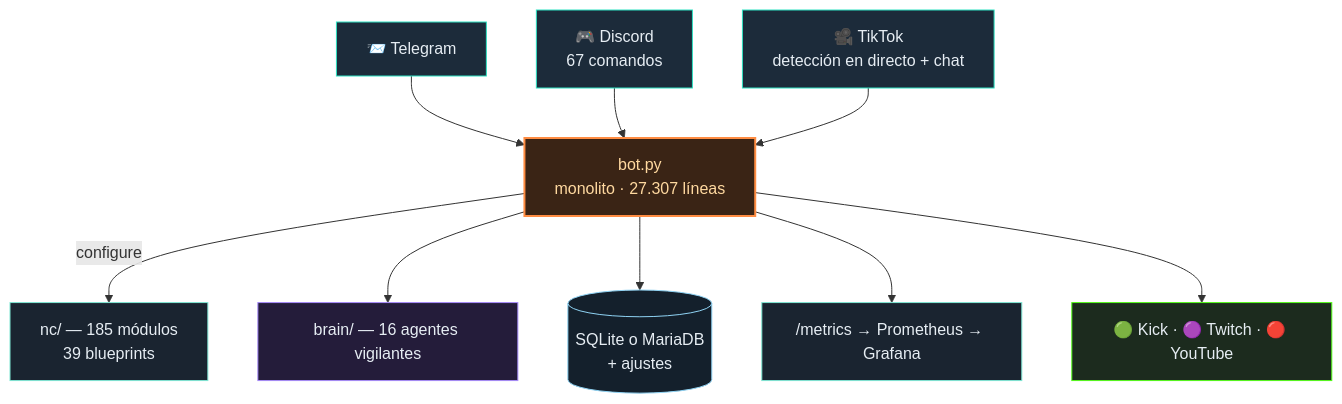
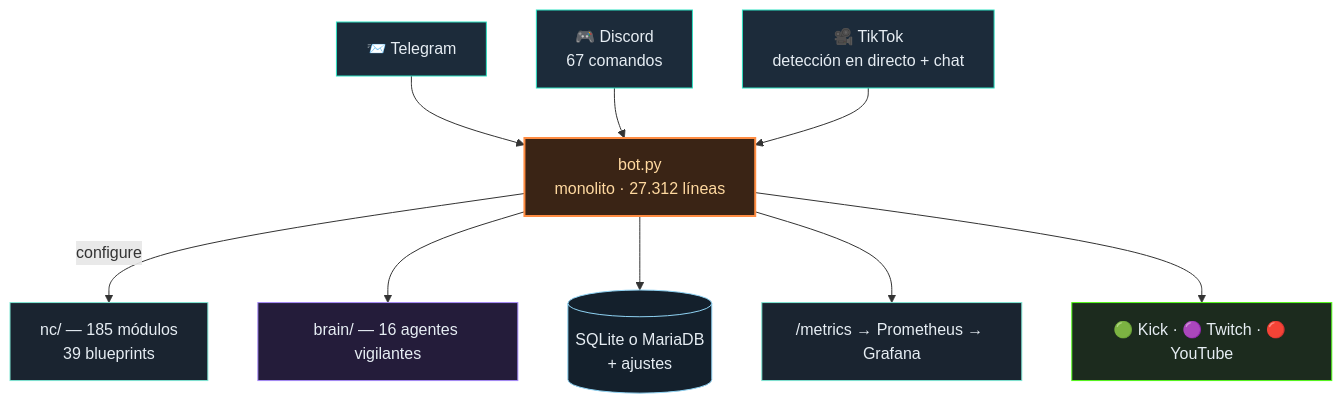
The diagram in README.es.md (itsamemedev/Telegram-Stream-Info-Bot), drawn with Mermaid before and after one commit. The commit also changed other lines of this file and 11 other files, not shown here.

````diff
--- a/README.es.md
+++ b/README.es.md
@@ -64,18 +64,18 @@
 ```mermaid
 flowchart TB
     TG["📨 Telegram"]:::ein --> BOT
     DC["🎮 Discord<br/>67 comandos"]:::ein --> BOT
     TT["🎥 TikTok<br/>detección en directo + chat"]:::ein --> BOT
-    BOT["bot.py<br/>monolito · 27.307 líneas"]:::core
+    BOT["bot.py<br/>monolito · 27.312 líneas"]:::core
     BOT -->|configure| NC["nc/ — 185 módulos<br/>39 blueprints"]:::lib
     BOT --> BRAIN["brain/ — 16 agentes vigilantes"]:::brain
     BOT --> DB[("SQLite o MariaDB<br/>+ ajustes")]:::db
     BOT --> PROM["/metrics → Prometheus → Grafana"]:::lib
     BOT --> OUT["🟢 Kick · 🟣 Twitch · 🔴 YouTube"]:::out
     classDef ein fill:#1c2b3a,stroke:#2de1c2,color:#e6edf3
     classDef core fill:#3a2415,stroke:#ff8c42,stroke-width:2px,color:#ffd9a0
     classDef lib fill:#1a2430,stroke:#7fe7d4,color:#e6edf3
     classDef brain fill:#241c3a,stroke:#a78bfa,color:#e6edf3
     classDef db fill:#14202c,stroke:#8fd3f4,color:#e6edf3
     classDef out fill:#1c2b1e,stroke:#53fc18,color:#e6edf3
 ```
````
